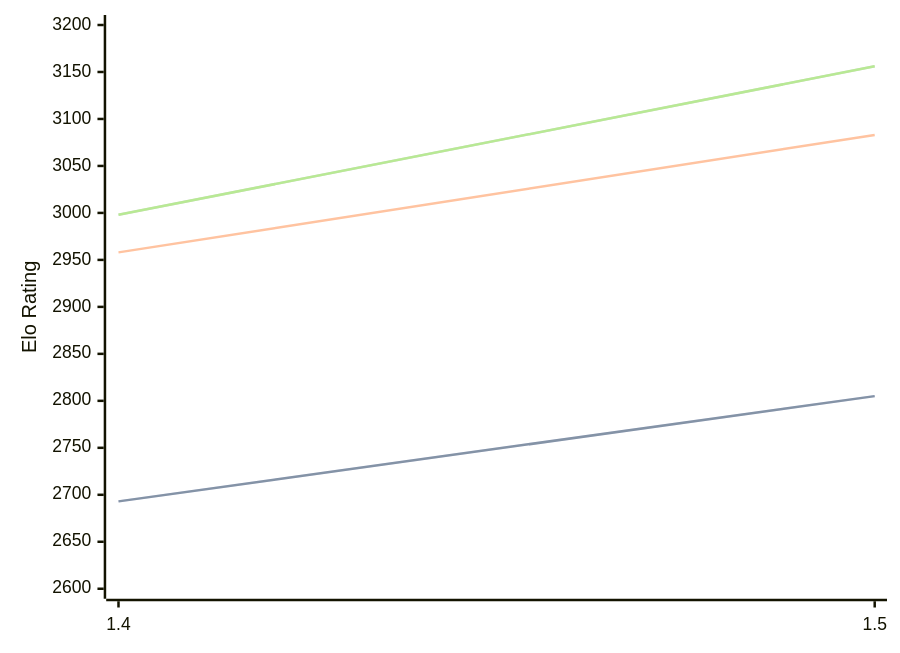
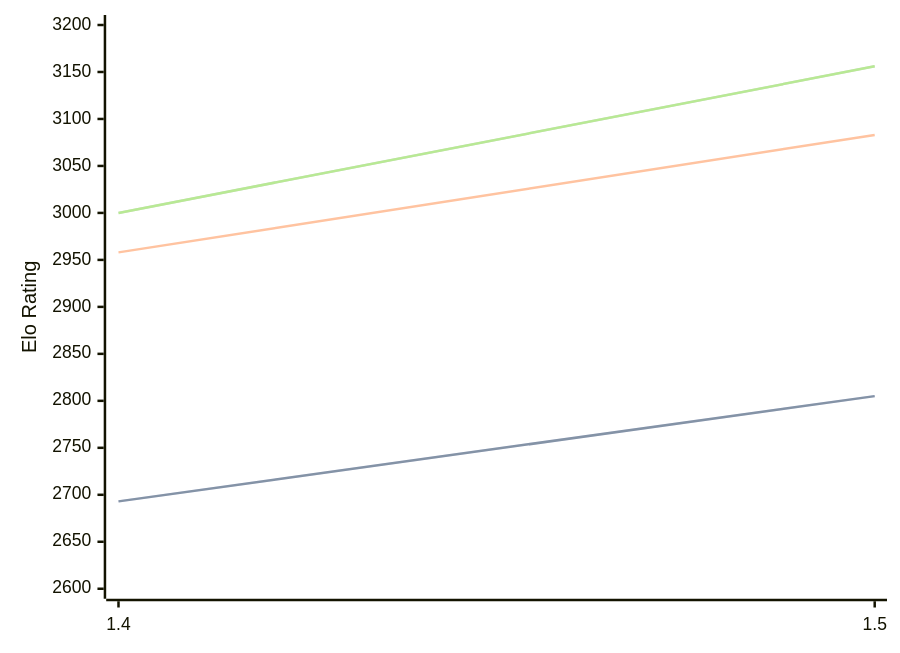
Before and after one commit to computer-chess-index/cci: the diagram in engines/Yakka.md, drawn with Mermaid. The commit also changed other lines of this file, not shown here.

Commit message:
Update CCI Ratings (ELO VLTC) - 2026-03-14

````diff
--- a/engines/Yakka.md
+++ b/engines/Yakka.md
@@ -34,11 +34,11 @@
 ```mermaid
 %%{init: {"theme":"base","themeVariables":{"seriesColors:['#a3a3a3','#222221','#faa371']}}}%%
 xychart-beta
   x-axis ["1.4", "1.5"]
   y-axis "Elo Rating" 2600 --> 3200
   line "STC (8.0+0.08s)" [2693, 2805]
   line "STC (8.0+0.08s)" [2693, 2805]
   line "LTC (60.0+0.60s)" [2958, 3083]
-  line "VLTC (2m24s+1.12s)" [2998, 3156]
-  line "VLTC (2m24s+1.12s)" [2998, 3156]
+  line "VLTC (2m24s+1.12s)" [3000, 3156]
+  line "VLTC (2m24s+1.12s)" [3000, 3156]
 ```
````
